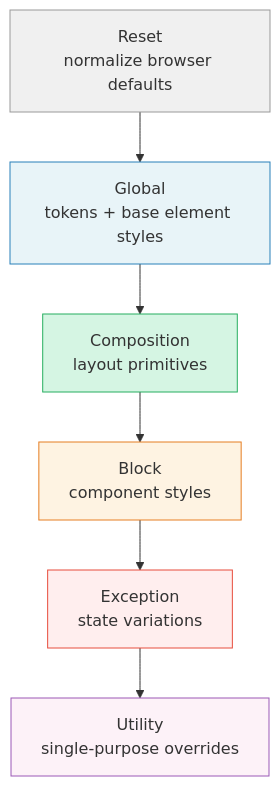
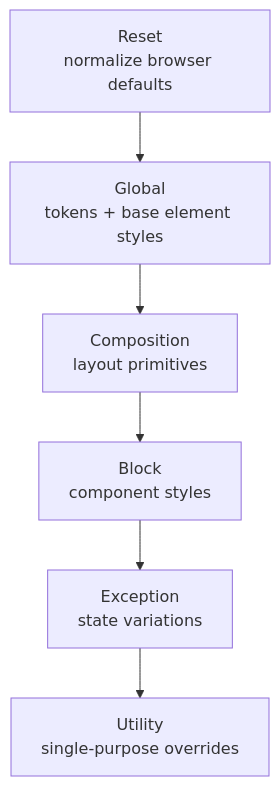
The diagram in ch18-cube-css.md (Kaleidosium/modern-html-and-css-for-artists), drawn with Mermaid before and after one commit. The commit also changed 10 other files, not shown here.

Commit message:
feat: enhance Mermaid diagram with theming improvements

````diff
--- a/ch18-cube-css.md
+++ b/ch18-cube-css.md
@@ -26,18 +26,18 @@
 ```mermaid
 graph TD
     R["Reset<br/>normalize browser defaults"]
     G["Global<br/>tokens + base element styles"]
     C["Composition<br/>layout primitives"]
     B["Block<br/>component styles"]
     E["Exception<br/>state variations"]
     U["Utility<br/>single-purpose overrides"]
 
     R --> G --> C --> B --> E --> U
 
-    style R fill:#f0f0f0,stroke:#999
-    style G fill:#e8f4f8,stroke:#2980b9
-    style C fill:#d5f5e3,stroke:#27ae60
-    style B fill:#fef3e2,stroke:#e67e22
-    style E fill:#fee,stroke:#e74c3c
-    style U fill:#fdf2f8,stroke:#9b59b6
+    class R libdoc-mermaid-neutral
+    class G libdoc-mermaid-info
+    class C libdoc-mermaid-success
+    class B libdoc-mermaid-warning
+    class E libdoc-mermaid-danger
+    class U libdoc-mermaid-accent
 ```
````
